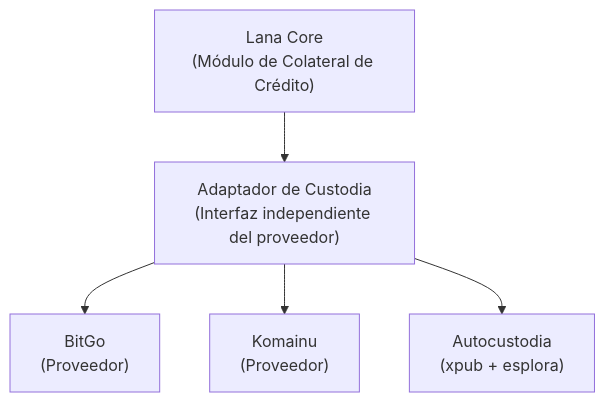
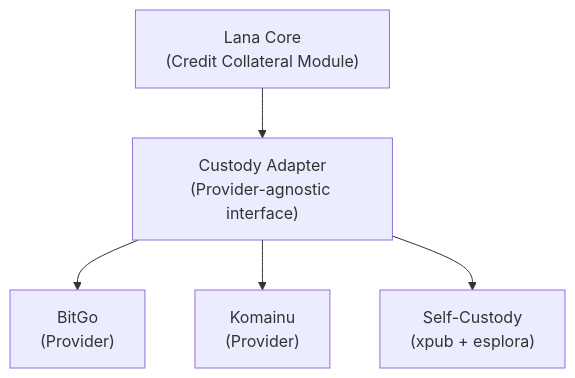
Before and after one commit to GaloyMoney/lana-bank: the second of 4 diagrams in docs-site/i18n/es/docusaurus-plugin-content-docs/current/for-internal-developers/custody-portfolio.md, drawn with Mermaid. The commit also changed other lines of this file and 76 other files, not shown here.

````diff
--- a/docs-site/i18n/es/docusaurus-plugin-content-docs/current/for-internal-developers/custody-portfolio.md
+++ b/docs-site/i18n/es/docusaurus-plugin-content-docs/current/for-internal-developers/custody-portfolio.md
@@ -74,7 +74,7 @@
 ```mermaid
 graph TD
-    CORE["Lana Core<br/>(Módulo de Colateral de Crédito)"] --> ADAPTER["Adaptador de Custodia<br/>(Interfaz independiente del proveedor)"]
-    ADAPTER --> BITGO["BitGo<br/>(Proveedor)"]
-    ADAPTER --> KOMAINU["Komainu<br/>(Proveedor)"]
-    ADAPTER --> SELF["Autocustodia<br/>(xpub + esplora)"]
+    CORE["Lana Core<br/>(Credit Collateral Module)"] --> ADAPTER["Custody Adapter<br/>(Provider-agnostic interface)"]
+    ADAPTER --> BITGO["BitGo<br/>(Provider)"]
+    ADAPTER --> KOMAINU["Komainu<br/>(Provider)"]
+    ADAPTER --> SELF["Self-Custody<br/>(xpub + esplora)"]
 ```
````
